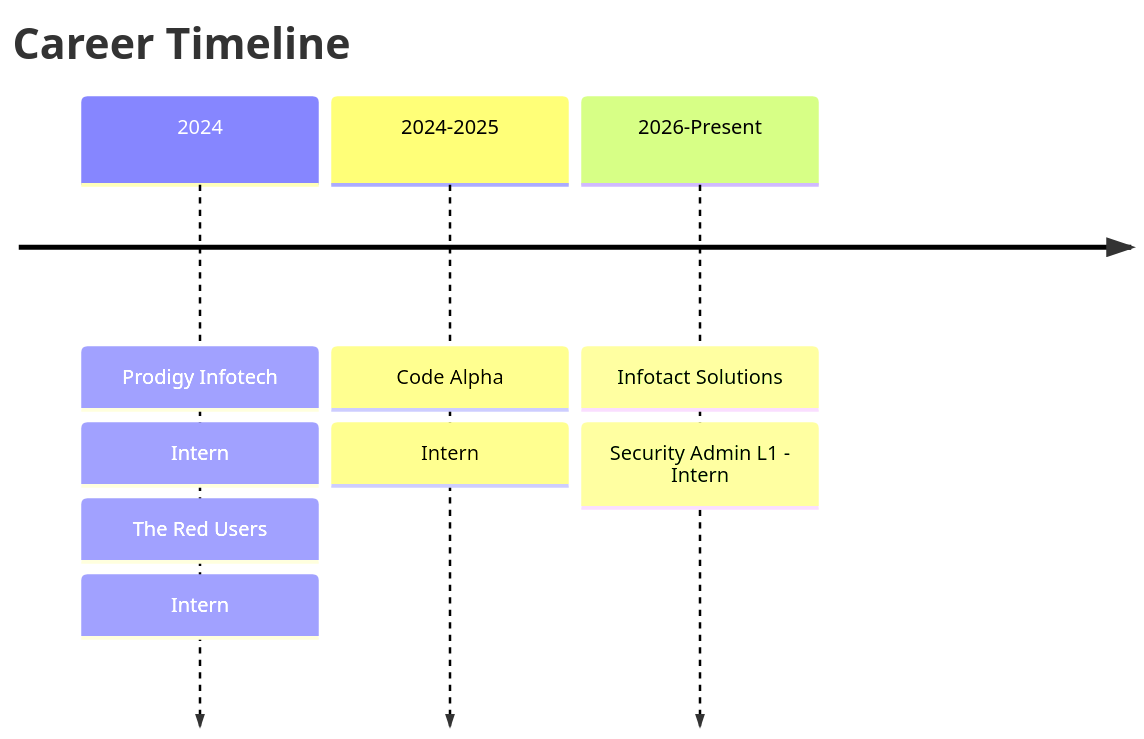
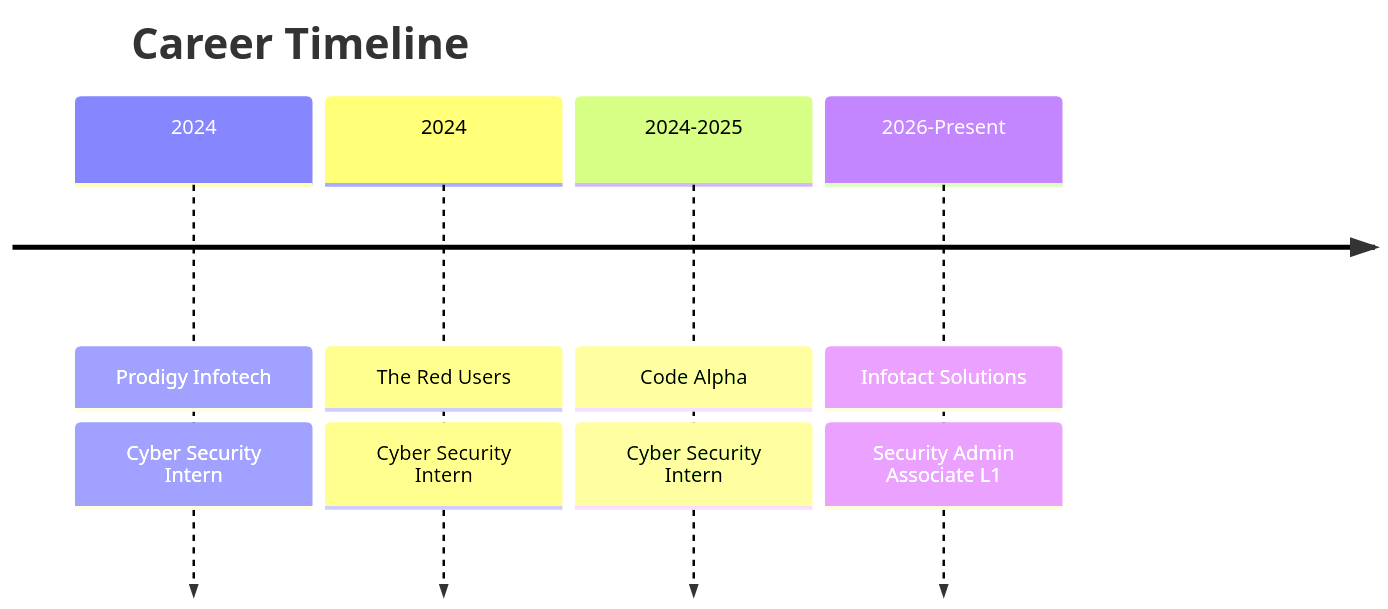
Before and after one commit to 0xgh057r3c0n/0xgh057r3c0n: the diagram in README.md, drawn with Mermaid. The commit also changed other lines of this file, not shown here.

````diff
--- a/README.md
+++ b/README.md
@@ -166,8 +233,16 @@
 ```mermaid
 timeline
     title Career Timeline
-    2024 : Prodigy Infotech : Intern
-          : The Red Users : Intern
-    2024-2025 : Code Alpha : Intern
-    2026-Present : Infotact Solutions : Security Admin L1 - Intern
+
+    2024 : Prodigy Infotech
+         : Cyber Security Intern
+
+    2024 : The Red Users
+         : Cyber Security Intern
+
+    2024-2025 : Code Alpha
+              : Cyber Security Intern
+
+    2026-Present : Infotact Solutions
+                 : Security Admin Associate L1
 ```
````
